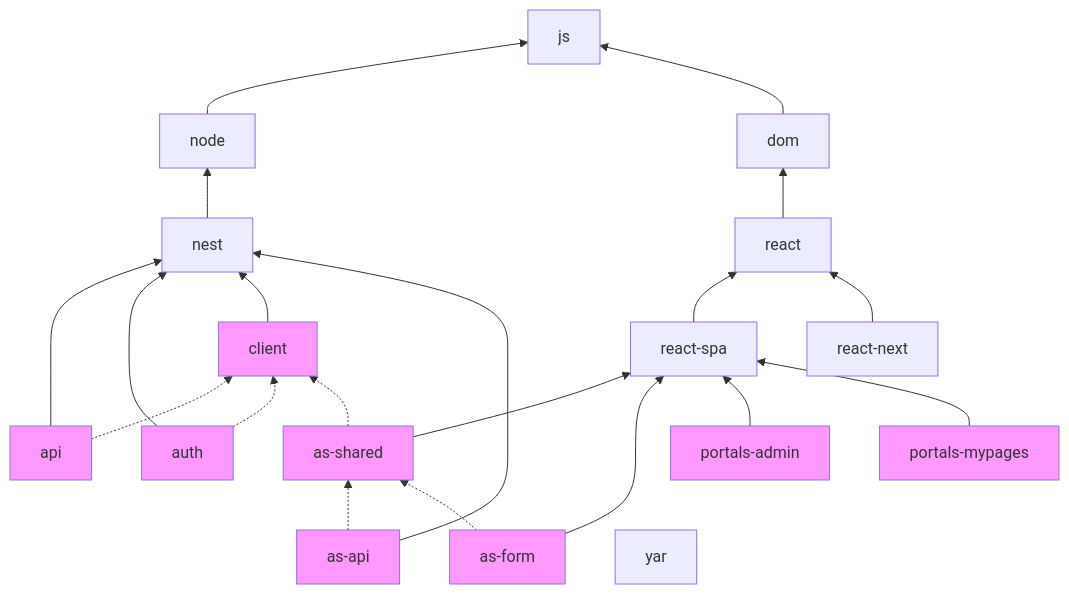
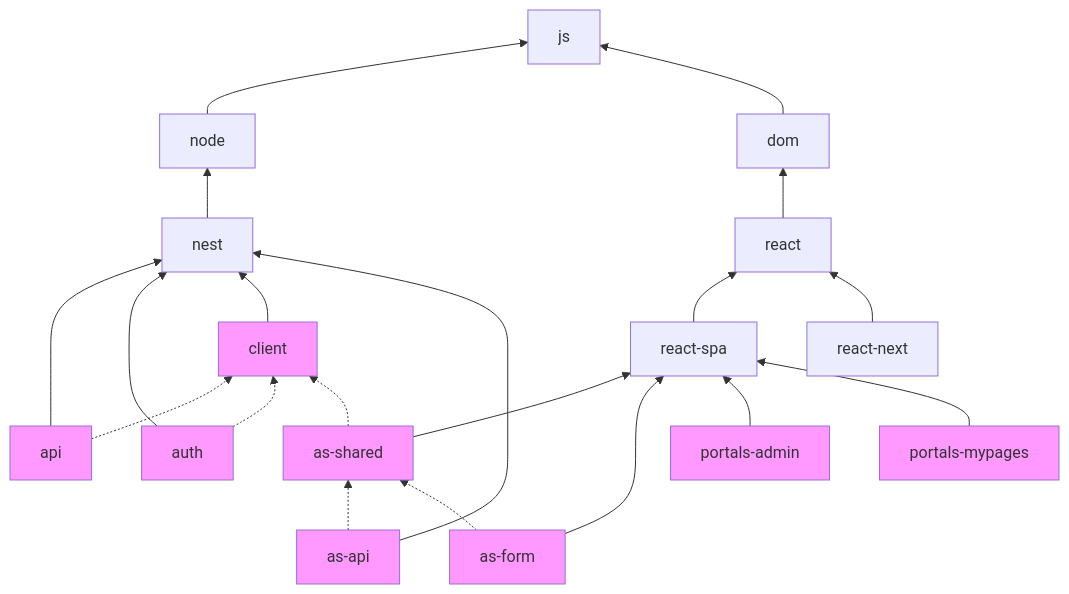
Before and after one commit to island-is/island.is: the diagram in handbook/repository/nx-tags.md, drawn with Mermaid. The commit also changed 2 other files, not shown here.

Commit message:
added scope to new projects from main

````diff
--- a/handbook/repository/nx-tags.md
+++ b/handbook/repository/nx-tags.md
@@ -47,21 +47,20 @@
 ```mermaid
   flowchart BT;
     %% Generic tags
     node & dom --> js
     react --> dom
     react-spa & react-next --> react
     nest --> node
 
     %% App tags
     api & auth & client & as-api --> nest
     as-shared & as-form & portals-admin & portals-mypages --> react-spa
 
     classDef appTag fill:#f9f
     class api,auth,client,as-shared,as-form,as-api,portals-admin,portals-mypages appTag
 
     %% Shallow dependencies
     api & auth -.-> client
     as-shared -.-> client
     as-api & as-form -.-> as-shared
-yar
 ```
````
